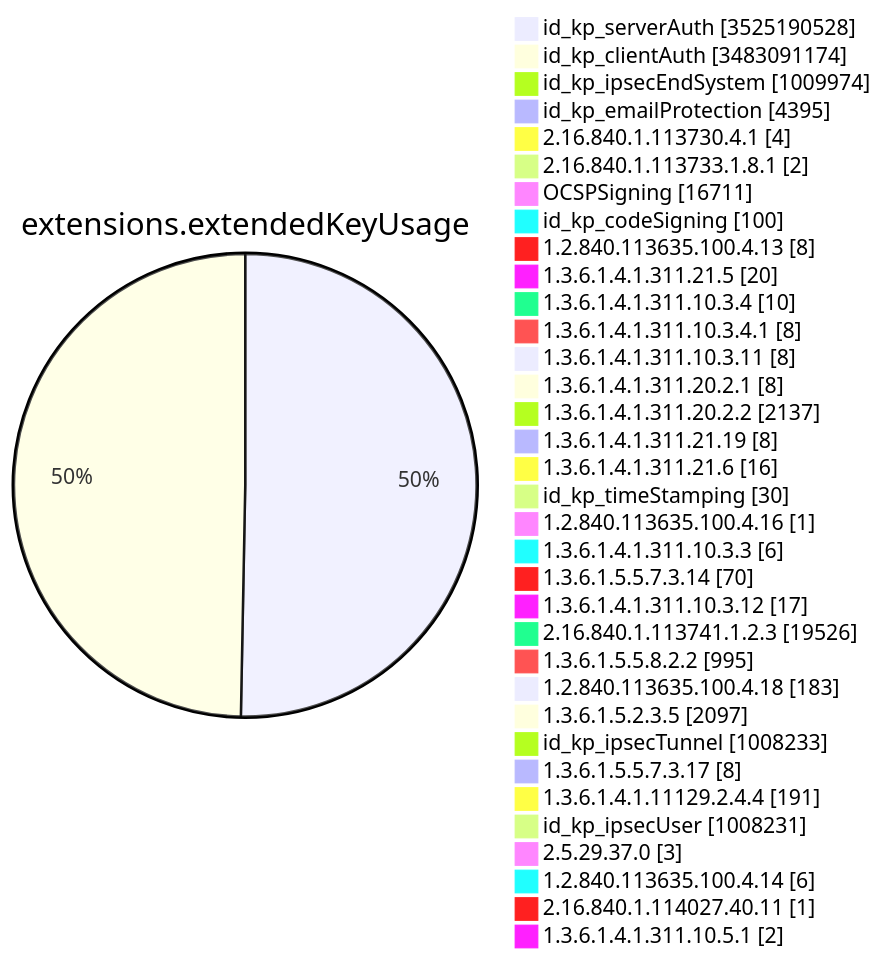
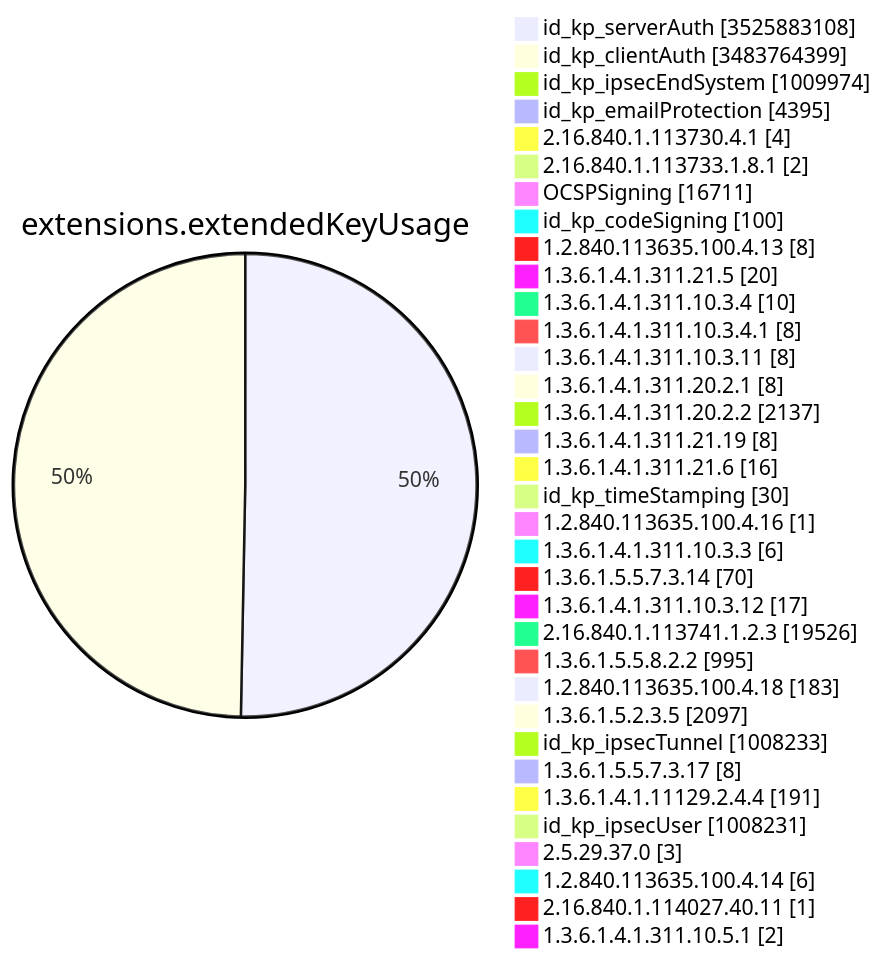
One commit to christiankrug/ctmonitor_visualization changed diagram 11 of 15 in TOTAL/README.md. Above: the diagram before and after it, drawn with Mermaid. The commit also changed other lines of this file, not shown here.

````diff
--- a/TOTAL/README.md
+++ b/TOTAL/README.md
@@ -4126,38 +4127,38 @@
 ```mermaid
 pie showData
 title extensions.extendedKeyUsage
-"id_kp_serverAuth" :3525190528
-"id_kp_clientAuth" :3483091174
+"id_kp_serverAuth" :3525883108
+"id_kp_clientAuth" :3483764399
 "id_kp_ipsecEndSystem" :1009974
 "id_kp_emailProtection" :4395
 "2.16.840.1.113730.4.1" :4
 "2.16.840.1.113733.1.8.1" :2
 "OCSPSigning" :16711
 "id_kp_codeSigning" :100
 "1.2.840.113635.100.4.13" :8
 "1.3.6.1.4.1.311.21.5" :20
 "1.3.6.1.4.1.311.10.3.4" :10
 "1.3.6.1.4.1.311.10.3.4.1" :8
 "1.3.6.1.4.1.311.10.3.11" :8
 "1.3.6.1.4.1.311.20.2.1" :8
 "1.3.6.1.4.1.311.20.2.2" :2137
 "1.3.6.1.4.1.311.21.19" :8
 "1.3.6.1.4.1.311.21.6" :16
 "id_kp_timeStamping" :30
 "1.2.840.113635.100.4.16" :1
 "1.3.6.1.4.1.311.10.3.3" :6
 "1.3.6.1.5.5.7.3.14" :70
 "1.3.6.1.4.1.311.10.3.12" :17
 "2.16.840.1.113741.1.2.3" :19526
 "1.3.6.1.5.5.8.2.2" :995
 "1.2.840.113635.100.4.18" :183
 "1.3.6.1.5.2.3.5" :2097
 "id_kp_ipsecTunnel" :1008233
 "1.3.6.1.5.5.7.3.17" :8
 "1.3.6.1.4.1.11129.2.4.4" :191
 "id_kp_ipsecUser" :1008231
 "2.5.29.37.0" :3
 "1.2.840.113635.100.4.14" :6
 "2.16.840.1.114027.40.11" :1
 "1.3.6.1.4.1.311.10.5.1" :2
 ```
````
